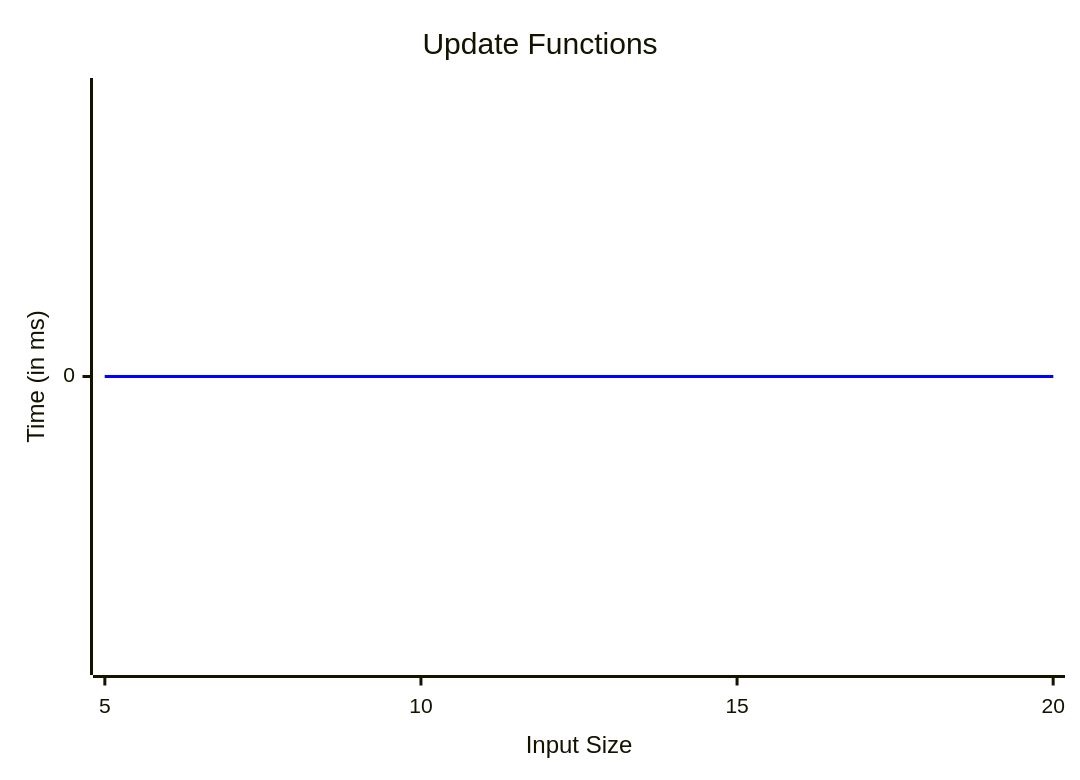
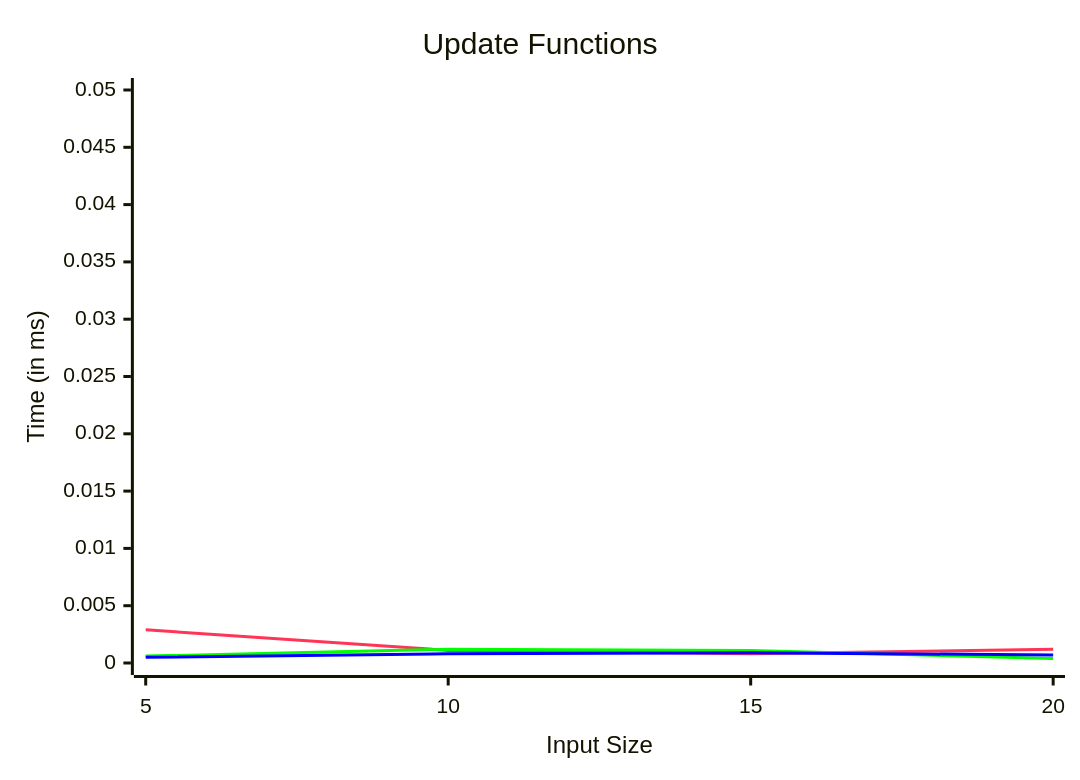
The diagram in bench/backend-ES.md (m-bock/purescript-transit), drawn with Mermaid before and after one commit. The commit also changed 3 other files, not shown here.

````diff
--- a/bench/backend-ES.md
+++ b/bench/backend-ES.md
@@ -2,15 +2,15 @@
 ```mermaid
 ---
   config:
     themeVariables:
         xyChart:
             plotColorPalette: "#ff3456, #00ff00, #0000ff, #ffff00, #ff00ff, #00ffff"
 ---
 xychart
   title "Update Functions"
   x-axis "Input Size" [5, 10, 15, 20]
-  y-axis "Time (in ms)" 0 --> 0
-  line [0.0026, 0.0011, 0.001, 0.0008]
-  line [0.0009, 0.0013, 0.0004, 0.0004]
-  line [0.0005, 0.0008, 0.0004, 0.0006]
+  y-axis "Time (in ms)" 0 --> 0.05
+  line [0.0029, 0.0011, 0.0008, 0.0012]
+  line [0.0006, 0.0012, 0.0011, 0.0004]
+  line [0.0005, 0.0008, 0.0009, 0.0007]
 ```
````
